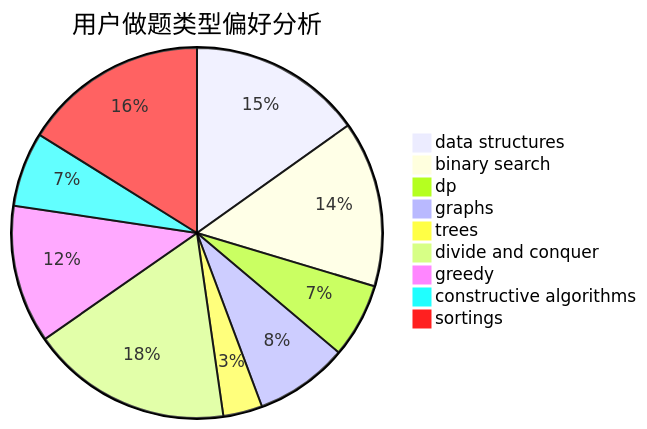
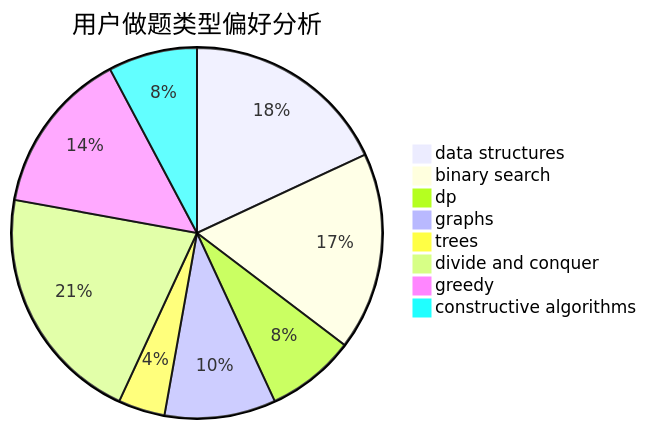
The second of 3 diagrams in docs/user/u1611.md (sherpahu/cfrs.github.io), drawn with Mermaid before and after one commit. The commit also changed other lines of this file and 2769 other files, not shown here.

````diff
--- a/docs/user/u1611.md
+++ b/docs/user/u1611.md
@@ -18,12 +18,11 @@
 ```mermaid
 pie title 用户做题类型偏好分析
     "data structures" :  93
     "binary search" :  89
     "dp" :  40
     "graphs" :  50
     "trees" :  21
     "divide and conquer" :  108
     "greedy" :  74
     "constructive algorithms" :  40
-    "sortings" :  99
 ```
````
